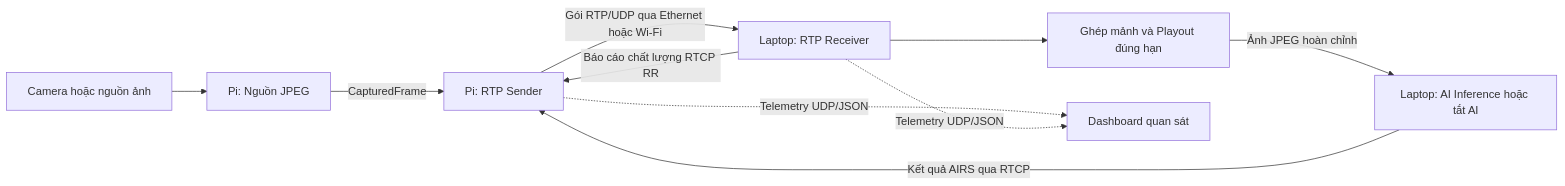
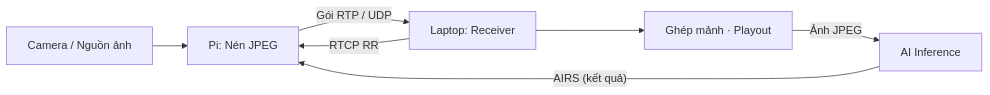
The first of 2 diagrams in study-site/docs/sessions/01-A-cn-product.md (KaiserRichard/edge-ai-video-runtime), drawn with Mermaid before and after one commit. The commit also changed other lines of this file, not shown here.

````diff
--- a/study-site/docs/sessions/01-A-cn-product.md
+++ b/study-site/docs/sessions/01-A-cn-product.md
@@ -83,12 +24,9 @@
 ```mermaid
 flowchart LR
-  C[Camera hoặc nguồn ảnh] --> S[Pi: Nguồn JPEG]
-  S -->|CapturedFrame| P[Pi: RTP Sender]
-  P -->|Gói RTP/UDP qua Ethernet hoặc Wi-Fi| R[Laptop: RTP Receiver]
-  R --> B[Ghép mảnh và Playout đúng hạn]
-  B -->|Ảnh JPEG hoàn chỉnh| I[Laptop: AI Inference hoặc tắt AI]
-  I -->|Kết quả AIRS qua RTCP| P
-  R -->|Báo cáo chất lượng RTCP RR| P
-  P -. Telemetry UDP/JSON .-> D[Dashboard quan sát]
-  R -. Telemetry UDP/JSON .-> D
+  C["Camera / Nguồn ảnh"] --> S["Pi: Nén JPEG"]
+  S -->|"Gói RTP / UDP"| R["Laptop: Receiver"]
+  R --> P["Ghép mảnh · Playout"]
+  P -->|"Ảnh JPEG"| I["AI Inference"]
+  I -->|"AIRS (kết quả)"| S
+  R -->|"RTCP RR"| S
 ```
````
